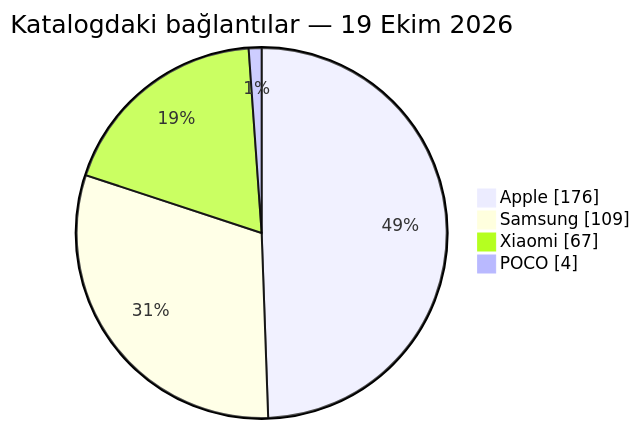
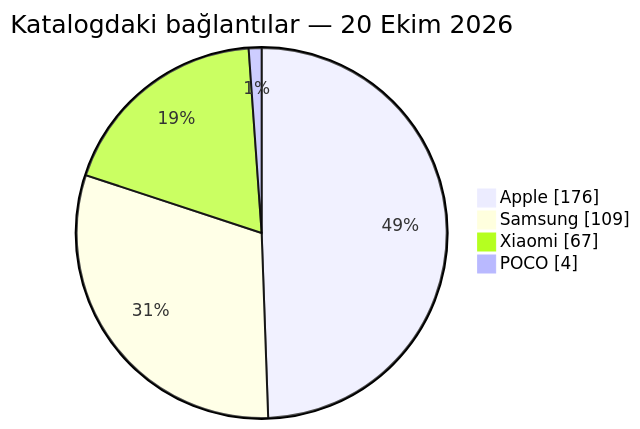
The second of 2 diagrams in README.md (Emir-Ars/Urun-indirim-takip), drawn with Mermaid before and after one commit. The commit also changed other lines of this file and 9 other files, not shown here.

````diff
--- a/README.md
+++ b/README.md
@@ -137,8 +102,8 @@
 ```mermaid
 pie showData
-    title Katalogdaki bağlantılar — 19 Ekim 2026
+    title Katalogdaki bağlantılar — 20 Ekim 2026
     "Apple" : 176
     "Samsung" : 109
     "Xiaomi" : 67
     "POCO" : 4
 ```
````
